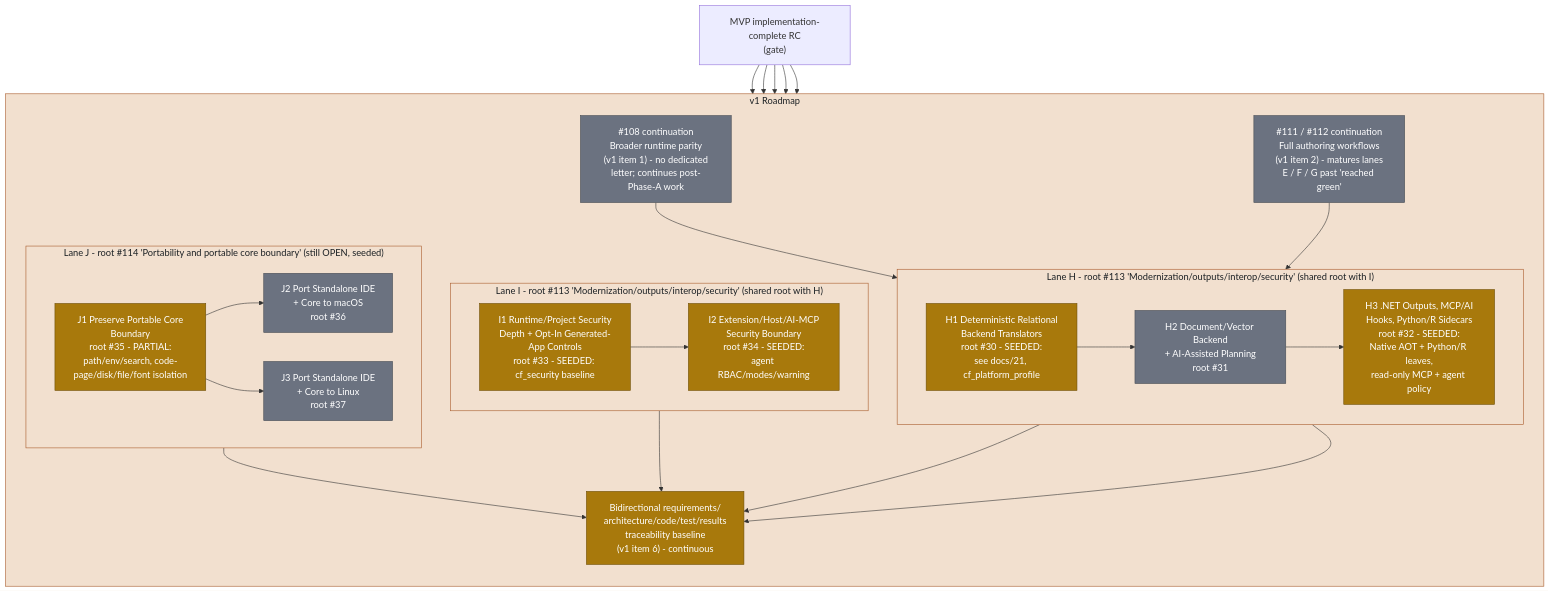
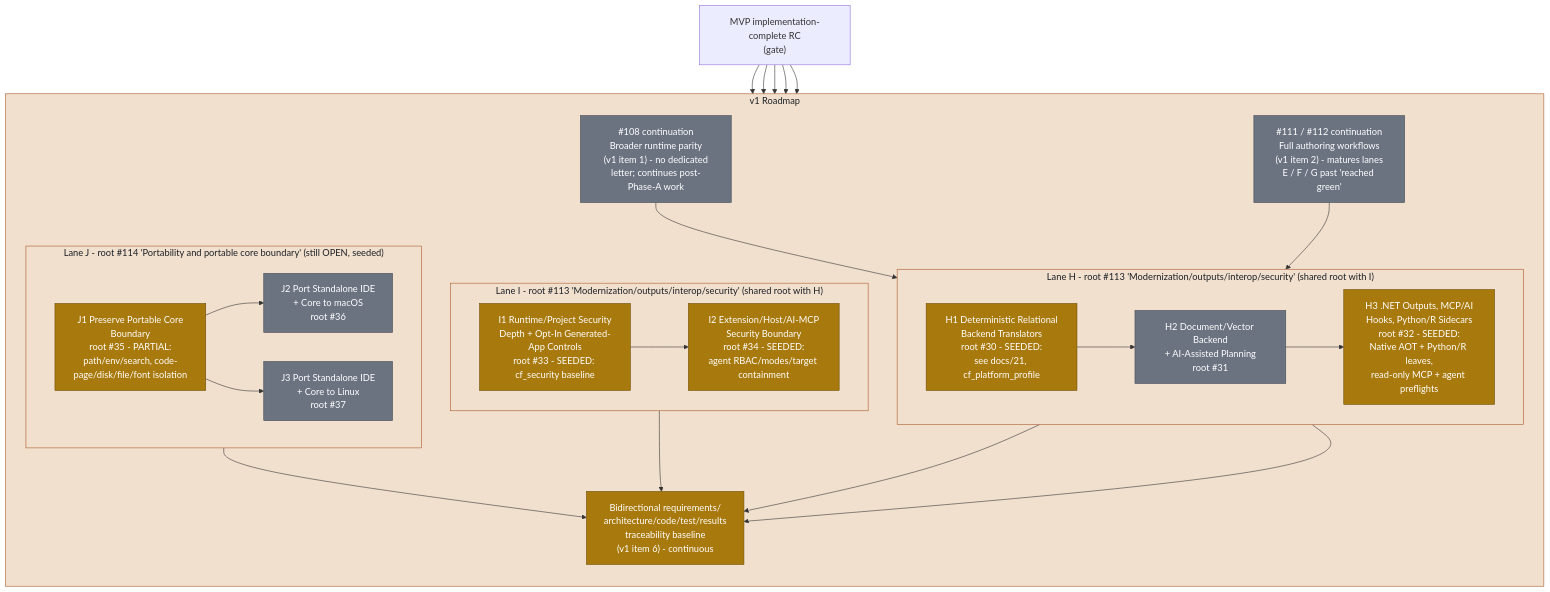
One commit to rhamenator/Project-Copperfin changed the diagram in docs/diagrams/roadmap-v1-lanes-hij.md. Above: the diagram before and after it, drawn with Mermaid. The commit also changed other lines of this file and 16 other files, not shown here.

Commit message:
Add workspace-agent process target containment

````diff
--- a/docs/diagrams/roadmap-v1-lanes-hij.md
+++ b/docs/diagrams/roadmap-v1-lanes-hij.md
@@ -10,60 +10,60 @@
 ```mermaid
 flowchart TB
     classDef partial fill:#a8790c,stroke:#6e4f07,color:#ffffff,stroke-width:1px;
     classDef planned fill:#6b7280,stroke:#484d54,color:#ffffff,stroke-width:1px;
     classDef lane fill:#f2e0cf,stroke:#a85a2a,color:#1b2024,stroke-width:1px;
 
     MVP["MVP implementation-complete RC<br/>(gate)"]
 
     subgraph V1["v1 Roadmap"]
       direction TB
 
       CONT1["#108 continuation<br/>Broader runtime parity<br/>(v1 item 1) - no dedicated<br/>letter; continues post-Phase-A work"]
       CONT2["#111 / #112 continuation<br/>Full authoring workflows<br/>(v1 item 2) - matures lanes<br/>E / F / G past 'reached green'"]
 
       subgraph LANEH["Lane H - root #113 'Modernization/outputs/interop/security' (shared root with I)"]
         direction LR
         H1["H1 Deterministic Relational<br/>Backend Translators<br/>root #30 - SEEDED:<br/>see docs/21, cf_platform_profile"]
         H2["H2 Document/Vector Backend<br/>+ AI-Assisted Planning<br/>root #31"]
-        H3["H3 .NET Outputs, MCP/AI<br/>Hooks, Python/R Sidecars<br/>root #32 - SEEDED:<br/>Native AOT + Python/R leaves,<br/>read-only MCP + agent policy"]
+        H3["H3 .NET Outputs, MCP/AI<br/>Hooks, Python/R Sidecars<br/>root #32 - SEEDED:<br/>Native AOT + Python/R leaves,<br/>read-only MCP + agent preflights"]
         H1 --> H2 --> H3
       end
 
       subgraph LANEI["Lane I - root #113 'Modernization/outputs/interop/security' (shared root with H)"]
         direction LR
         I1["I1 Runtime/Project Security<br/>Depth + Opt-In Generated-<br/>App Controls<br/>root #33 - SEEDED: cf_security baseline"]
-        I2["I2 Extension/Host/AI-MCP<br/>Security Boundary<br/>root #34 - SEEDED:<br/>agent RBAC/modes/warning"]
+        I2["I2 Extension/Host/AI-MCP<br/>Security Boundary<br/>root #34 - SEEDED:<br/>agent RBAC/modes/target containment"]
         I1 --> I2
       end
 
       subgraph LANEJ["Lane J - root #114 'Portability and portable core boundary' (still OPEN, seeded)"]
         direction LR
         J1["J1 Preserve Portable Core<br/>Boundary<br/>root #35 - PARTIAL:<br/>path/env/search, code-page/disk/file/font isolation"]
         J2["J2 Port Standalone IDE<br/>+ Core to macOS<br/>root #36"]
         J3["J3 Port Standalone IDE<br/>+ Core to Linux<br/>root #37"]
         J1 --> J2
         J1 --> J3
       end
 
       TRACE["Bidirectional requirements/<br/>architecture/code/test/results<br/>traceability baseline<br/>(v1 item 6) - continuous"]
     end
 
     MVP --> CONT1
     MVP --> CONT2
     MVP --> LANEH
     MVP --> LANEI
     MVP --> LANEJ
     CONT1 --> H1
     CONT2 --> H3
     H1 --> TRACE
     H3 --> TRACE
     I2 --> TRACE
     J1 --> TRACE
 
     class CONT1,CONT2 planned;
     class H1,H3,I1,I2,J1 partial;
     class H2 planned;
     class J2,J3 planned;
     class TRACE partial;
     class V1,LANEH,LANEI,LANEJ lane;
 ```
````
